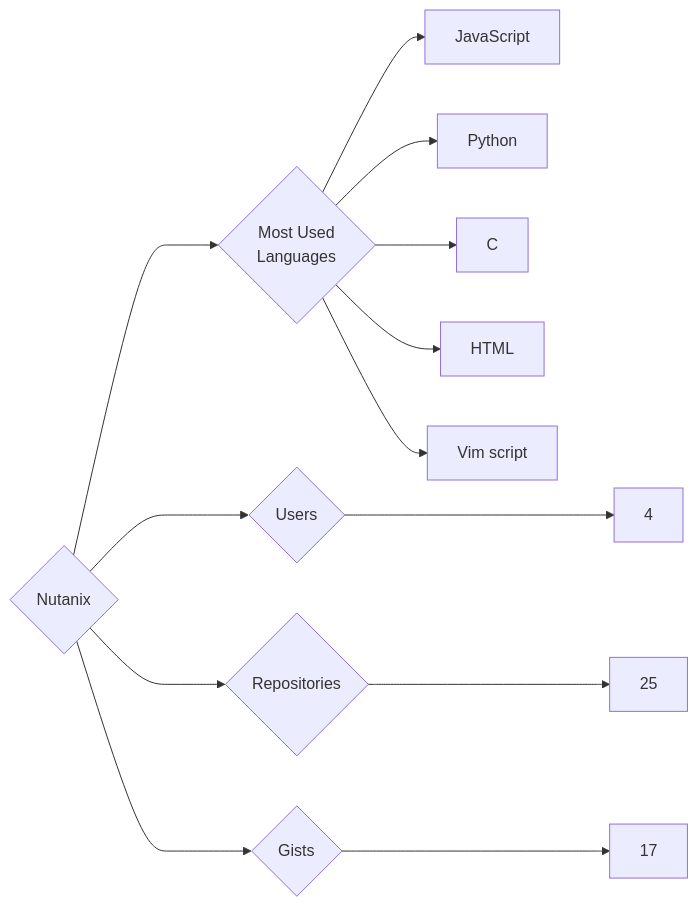
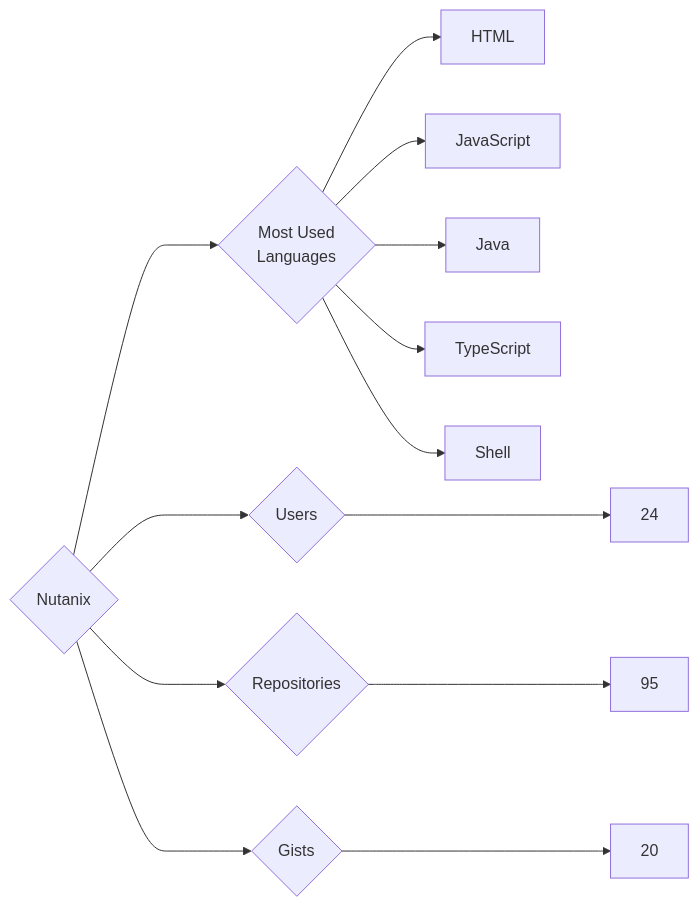
One commit to trickest/insiders changed the diagram in targets/Nutanix/README.md. Above: the diagram before and after it, drawn with Mermaid. The commit also changed 995 other files, not shown here.

````diff
--- a/targets/Nutanix/README.md
+++ b/targets/Nutanix/README.md
@@ -3,13 +3,13 @@
 ```mermaid
 graph LR
 COMPANY_NAME{Nutanix}
-COMPANY_NAME ---> U{Users} ---> UN[4]
-COMPANY_NAME ---> R{Repositories} ---> RN[25]
-COMPANY_NAME ---> G{Gists} ---> GN[17]
+COMPANY_NAME ---> U{Users} ---> UN[24]
+COMPANY_NAME ---> R{Repositories} ---> RN[95]
+COMPANY_NAME ---> G{Gists} ---> GN[20]
 COMPANY_NAME ---> ML{Most Used<br>Languages}
+ML --> HTML[HTML]
 ML --> JavaScript[JavaScript]
-ML --> Python[Python]
-ML --> C[C]
-ML --> HTML[HTML]
-ML --> Vim_script[Vim script]
+ML --> Java[Java]
+ML --> TypeScript[TypeScript]
+ML --> Shell[Shell]
 ```
````
